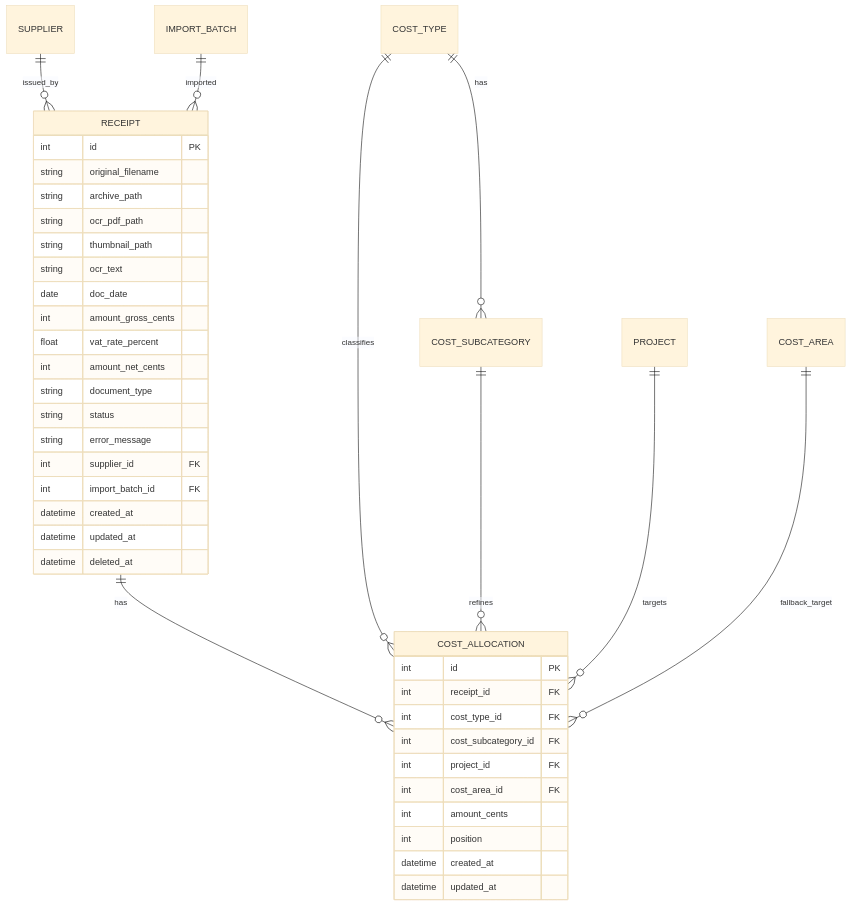
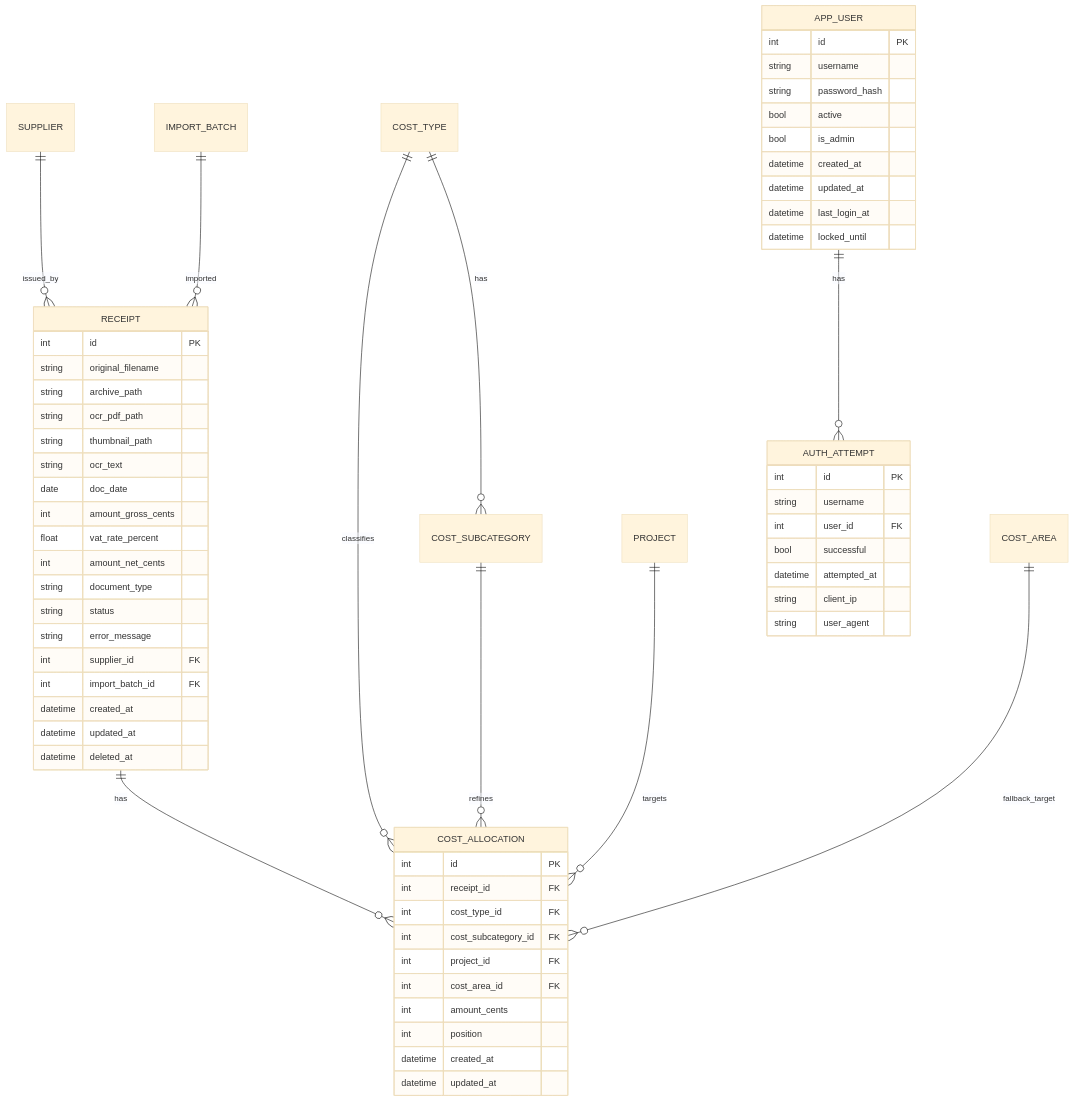
One commit to hjenkel/atelierbuddy changed the diagram in docs/developer/database.md. Above: the diagram before and after it, drawn with Mermaid (base theme). The commit also changed other lines of this file and 25 other files, not shown here.

Commit message:
Sicherheitsbasis v1: Authentifizierung und Setup-Flow eingeführt, Sessions/HTTP+WS/Uploads gehärtet, serverseitige Validierung zentralisiert sowie Doku und Tests erweitert.

````diff
--- a/docs/developer/database.md
+++ b/docs/developer/database.md
@@ -18,45 +19,68 @@
 ```mermaid
 erDiagram
     RECEIPT ||--o{ COST_ALLOCATION : has
     COST_TYPE ||--o{ COST_SUBCATEGORY : has
     COST_TYPE ||--o{ COST_ALLOCATION : classifies
     COST_SUBCATEGORY ||--o{ COST_ALLOCATION : refines
     PROJECT ||--o{ COST_ALLOCATION : targets
     COST_AREA ||--o{ COST_ALLOCATION : fallback_target
     SUPPLIER ||--o{ RECEIPT : issued_by
     IMPORT_BATCH ||--o{ RECEIPT : imported
+    APP_USER ||--o{ AUTH_ATTEMPT : has
 
     RECEIPT {
       int id PK
       string original_filename
       string archive_path
       string ocr_pdf_path
       string thumbnail_path
       string ocr_text
       date doc_date
       int amount_gross_cents
       float vat_rate_percent
       int amount_net_cents
       string document_type
       string status
       string error_message
       int supplier_id FK
       int import_batch_id FK
       datetime created_at
       datetime updated_at
       datetime deleted_at
     }
 
     COST_ALLOCATION {
       int id PK
       int receipt_id FK
       int cost_type_id FK
       int cost_subcategory_id FK
       int project_id FK
       int cost_area_id FK
       int amount_cents
       int position
       datetime created_at
       datetime updated_at
     }
+
+    APP_USER {
+      int id PK
+      string username
+      string password_hash
+      bool active
+      bool is_admin
+      datetime created_at
+      datetime updated_at
+      datetime last_login_at
+      datetime locked_until
+    }
+
+    AUTH_ATTEMPT {
+      int id PK
+      string username
+      int user_id FK
+      bool successful
+      datetime attempted_at
+      string client_ip
+      string user_agent
+    }
 ```
````
